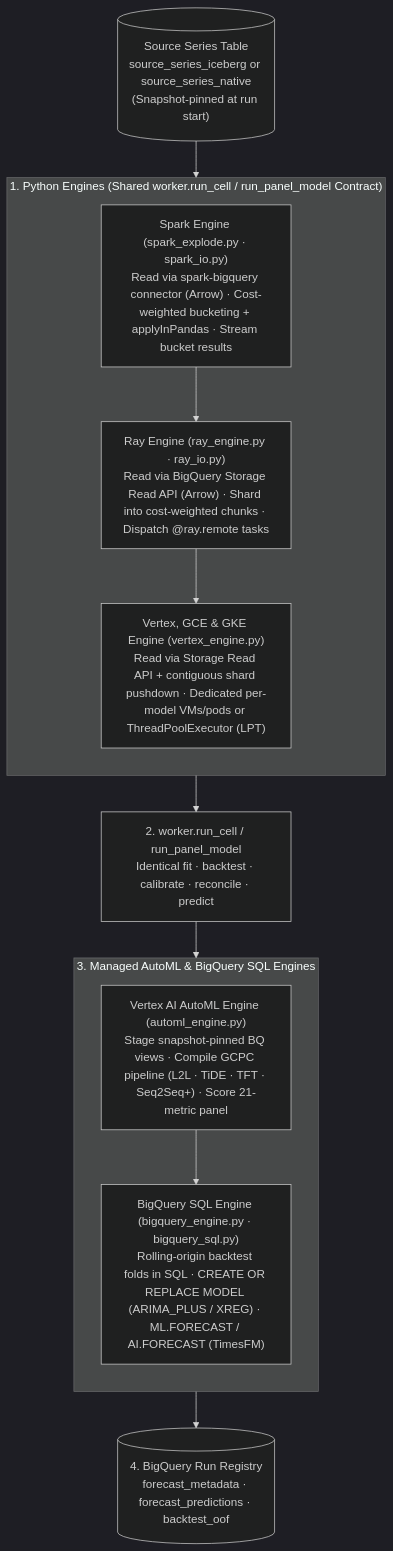
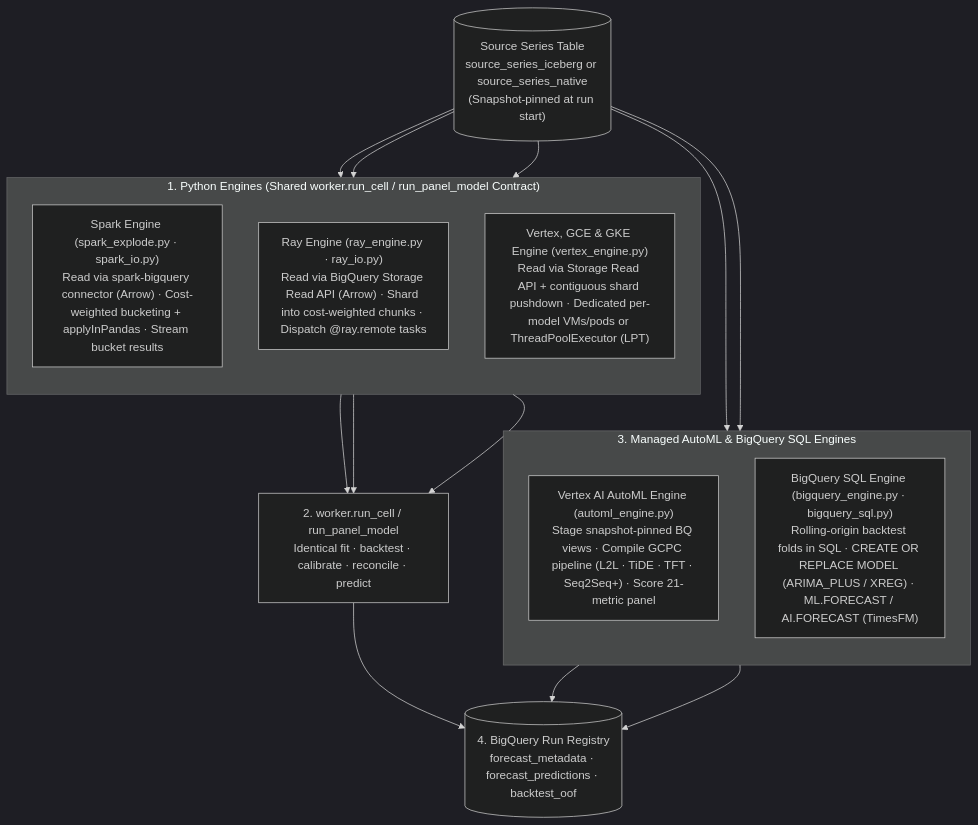
Before and after one commit to statmike/scale-forecasting: the diagram in src/scale_forecasting/engines/README.md, drawn with Mermaid (dark theme). The commit also changed 16 other files, not shown here.

Commit message:
docs: expand temporal reconciliation reference, fix GitHub MathJax & Mermaid aspect ratios, and add pre-commit tripwires

````diff
--- a/src/scale_forecasting/engines/README.md
+++ b/src/scale_forecasting/engines/README.md
@@ -12,25 +12,25 @@
 ```mermaid
 flowchart TD
     src[("Source Series Table<br/>source_series_iceberg or source_series_native<br/>(Snapshot-pinned at run start)")]
 
     subgraph py_engines["1. Python Engines (Shared worker.run_cell / run_panel_model Contract)"]
         direction TB
         spark["Spark Engine (spark_explode.py · spark_io.py)<br/>Read via spark-bigquery connector (Arrow) · Cost-weighted bucketing + applyInPandas · Stream bucket results"]
         ray["Ray Engine (ray_engine.py · ray_io.py)<br/>Read via BigQuery Storage Read API (Arrow) · Shard into cost-weighted chunks · Dispatch @ray.remote tasks"]
         vtx["Vertex, GCE & GKE Engine (vertex_engine.py)<br/>Read via Storage Read API + contiguous shard pushdown · Dedicated per-model VMs/pods or ThreadPoolExecutor (LPT)"]
-        spark --> ray --> vtx
     end
 
     cell["2. worker.run_cell / run_panel_model<br/>Identical fit · backtest · calibrate · reconcile · predict"]
 
     subgraph managed_engines["3. Managed AutoML & BigQuery SQL Engines"]
         direction TB
         aml["Vertex AI AutoML Engine (automl_engine.py)<br/>Stage snapshot-pinned BQ views · Compile GCPC pipeline (L2L · TiDE · TFT · Seq2Seq+) · Score 21-metric panel"]
         bq["BigQuery SQL Engine (bigquery_engine.py · bigquery_sql.py)<br/>Rolling-origin backtest folds in SQL · CREATE OR REPLACE MODEL (ARIMA_PLUS / XREG) · ML.FORECAST / AI.FORECAST (TimesFM)"]
-        aml --> bq
     end
 
     reg[("4. BigQuery Run Registry<br/>forecast_metadata · forecast_predictions · backtest_oof")]
 
-    src --> py_engines --> cell --> managed_engines --> reg
+    src --> spark & ray & vtx --> cell
+    src --> aml & bq
+    cell & aml & bq --> reg
 ```
````
